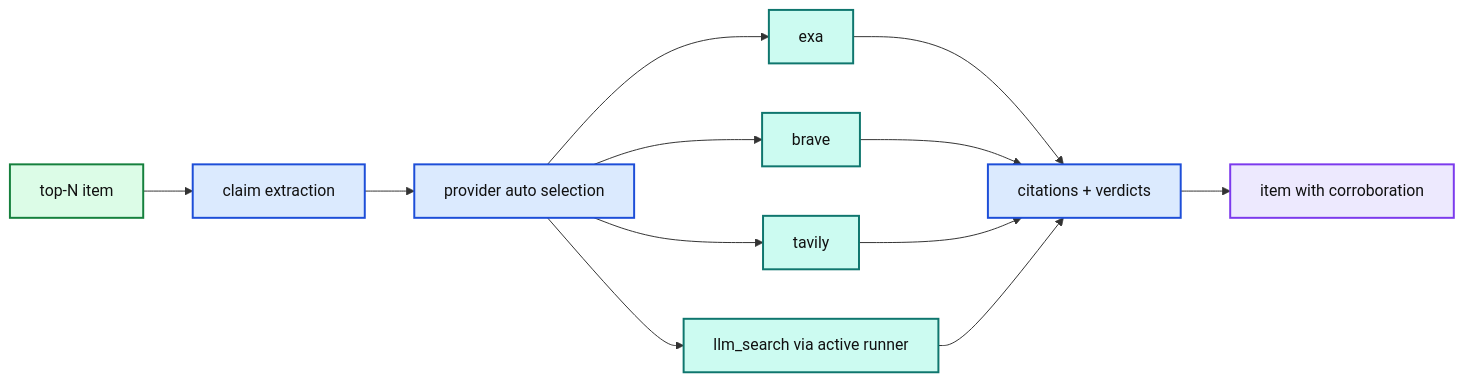
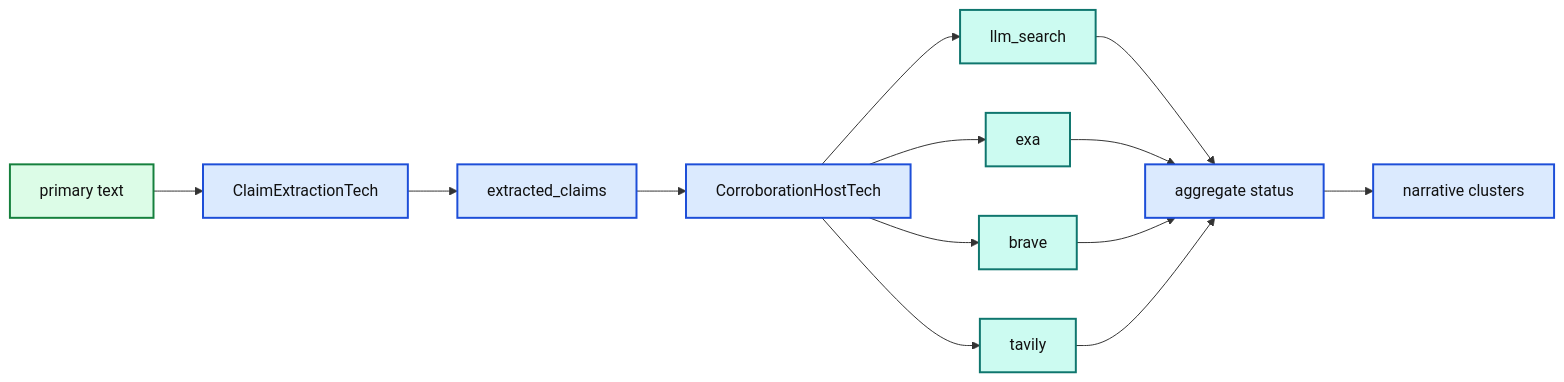
One commit to reshinto/social-research-probe changed the diagram in docs/diagrams/src/corroboration_flow.mmd. Above: the diagram before and after it, drawn with Mermaid. The commit also changed 107 other files, not shown here.

```diff
--- a/docs/diagrams/src/corroboration_flow.mmd
+++ b/docs/diagrams/src/corroboration_flow.mmd
@@ -1,25 +1,24 @@
 %%{init: {"theme":"base","themeVariables":{"background":"#ffffff","mainBkg":"#ffffff","primaryTextColor":"#111111","lineColor":"#333333","fontFamily":"Arial, sans-serif","clusterBkg":"#ffffff","clusterBorder":"#d0d7de"}}}%%
 flowchart LR
-  Item["top-N item"] --> Extract["claim extraction"]
-  Extract --> Select["provider auto selection"]
-  Select --> Exa["exa"]
-  Select --> Brave["brave"]
-  Select --> Tavily["tavily"]
-  Select --> LLM["llm_search via active runner"]
-  Exa --> Evidence["citations + verdicts"]
-  Brave --> Evidence
-  Tavily --> Evidence
-  LLM --> Evidence
-  Evidence --> Item2["item with corroboration"]
+  Text["primary text"] --> Extract["ClaimExtractionTech"] --> Claims["extracted_claims"]
+  Claims --> Host["CorroborationHostTech"]
+  Host --> LLM["llm_search"]
+  Host --> Exa["exa"]
+  Host --> Brave["brave"]
+  Host --> Tavily["tavily"]
+  LLM --> Verdict["aggregate status"]
+  Exa --> Verdict
+  Brave --> Verdict
+  Tavily --> Verdict
+  Verdict --> Narratives["narrative clusters"]
+  class Text input;
+  class Extract,Claims,Host,Verdict,Narratives process;
+  class LLM,Exa,Brave,Tavily external;
 
   classDef input fill:#dcfce7,stroke:#15803d,color:#111111,stroke-width:2px;
   classDef process fill:#dbeafe,stroke:#1d4ed8,color:#111111,stroke-width:2px;
   classDef analysis fill:#fef3c7,stroke:#d97706,color:#111111,stroke-width:2px;
   classDef external fill:#ccfbf1,stroke:#0f766e,color:#111111,stroke-width:2px;
   classDef output fill:#ede9fe,stroke:#7c3aed,color:#111111,stroke-width:2px;
   classDef config fill:#ffedd5,stroke:#ea580c,color:#111111,stroke-width:2px;
   classDef risk fill:#fee2e2,stroke:#dc2626,color:#111111,stroke-width:2px;
-  class Item input;
-  class Extract,Select,Evidence process;
-  class Exa,Brave,Tavily,LLM external;
-  class Item2 output;
```
